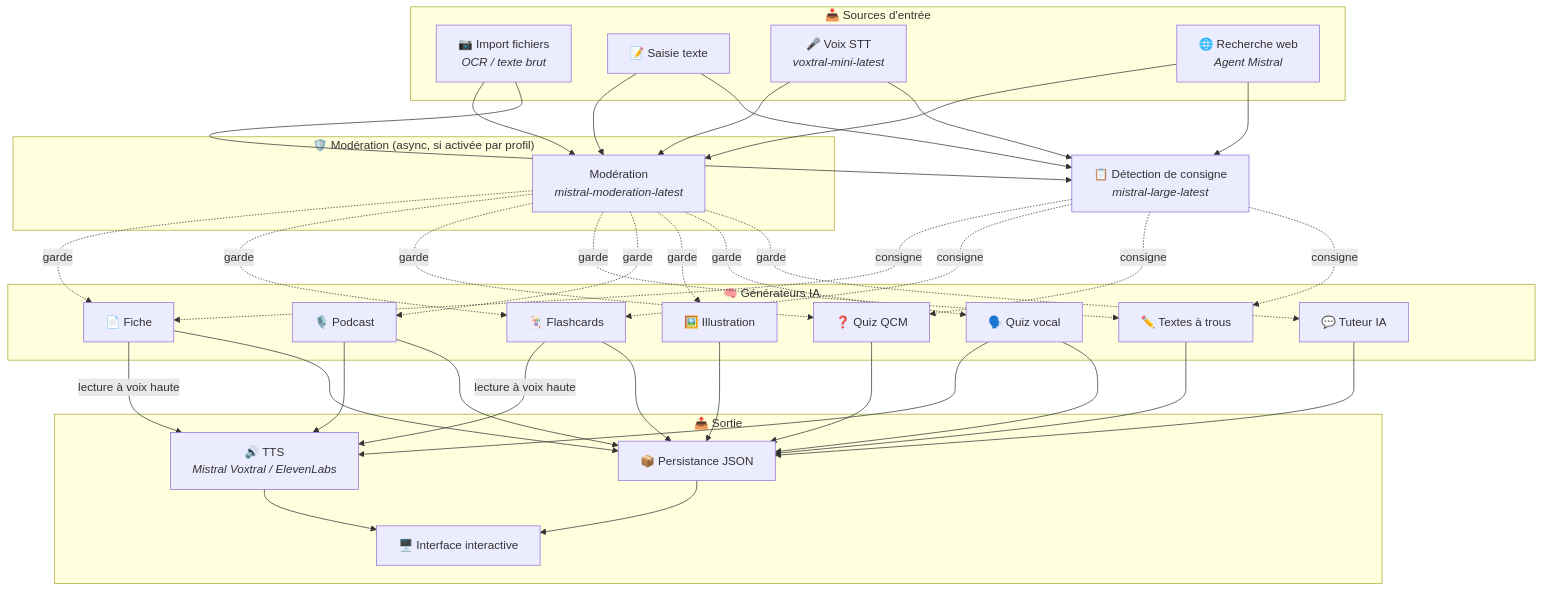
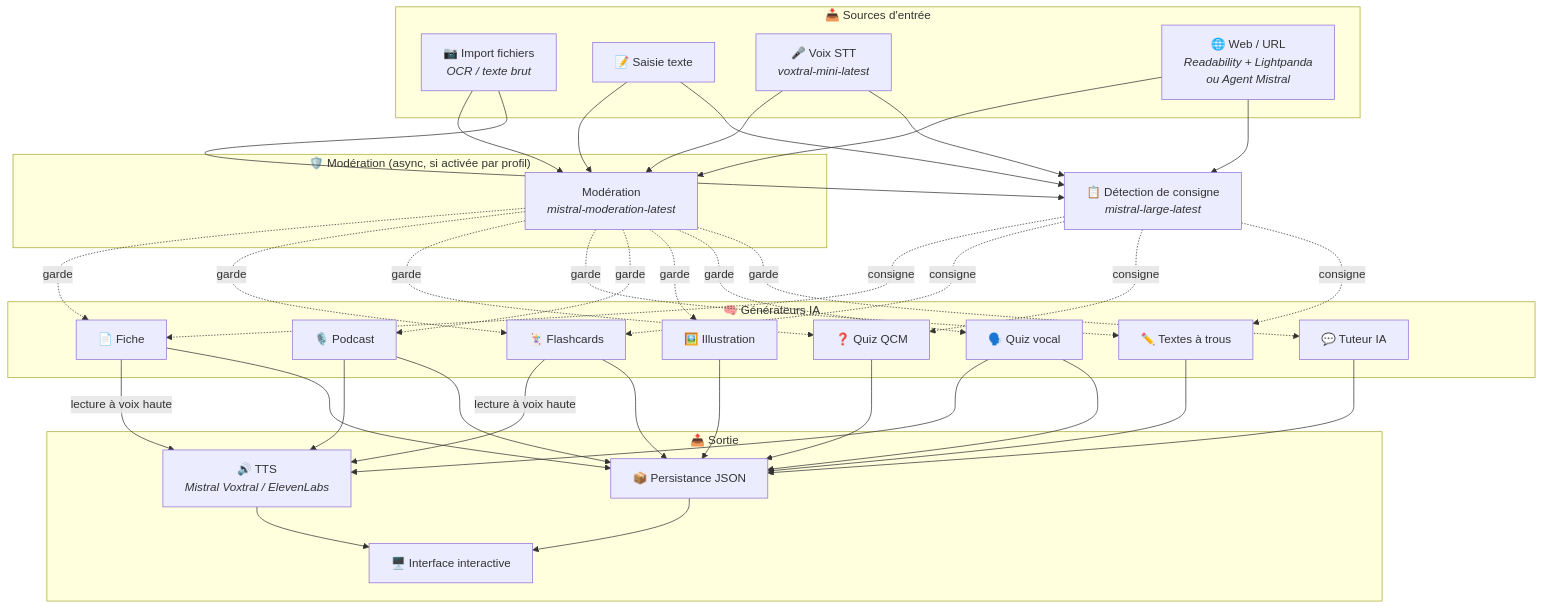
The first of 3 diagrams in README-ar.md (jls42/EurekAI), drawn with Mermaid before and after one commit. The commit also changed other lines of this file and 14 other files, not shown here.

````diff
--- a/README-ar.md
+++ b/README-ar.md
@@ -72,43 +72,43 @@
 ```mermaid
 graph TD
     subgraph "📥 Sources d'entrée"
         OCR["📷 Import fichiers<br/><i>OCR / texte brut</i>"]
         TXT["📝 Saisie texte"]
         MIC["🎤 Voix STT<br/><i>voxtral-mini-latest</i>"]
-        WEB["🌐 Recherche web<br/><i>Agent Mistral</i>"]
+        WEB["🌐 Web / URL<br/><i>Readability + Lightpanda<br/>ou Agent Mistral</i>"]
     end
 
     subgraph "🛡️ Modération (async, si activée par profil)"
         MOD["Modération<br/><i>mistral-moderation-latest</i>"]
     end
 
     CON["📋 Détection de consigne<br/><i>mistral-large-latest</i>"]
 
     subgraph "🧠 Générateurs IA"
         SUM["📄 Fiche"]
         FC["🃏 Flashcards"]
         QZ["❓ Quiz QCM"]
         FB["✏️ Textes à trous"]
         POD["🎙️ Podcast"]
         IMG["🖼️ Illustration"]
         QV["🗣️ Quiz vocal"]
         CHAT["💬 Tuteur IA"]
     end
 
     subgraph "📤 Sortie"
         TTS["🔊 TTS<br/><i>Mistral Voxtral / ElevenLabs</i>"]
         JSON["📦 Persistance JSON"]
         UI["🖥️ Interface interactive"]
     end
 
     OCR & TXT & MIC & WEB --> MOD
     OCR & TXT & MIC & WEB --> CON
     MOD -.->|garde| SUM & FC & QZ & FB & POD & IMG & QV & CHAT
     CON -.->|consigne| SUM & FC & QZ & FB
     POD --> TTS
     QV --> TTS
     SUM & FC -->|lecture à voix haute| TTS
     SUM & FC & QZ & FB & POD & IMG & QV & CHAT --> JSON
     JSON --> UI
     TTS --> UI
 ```
````
